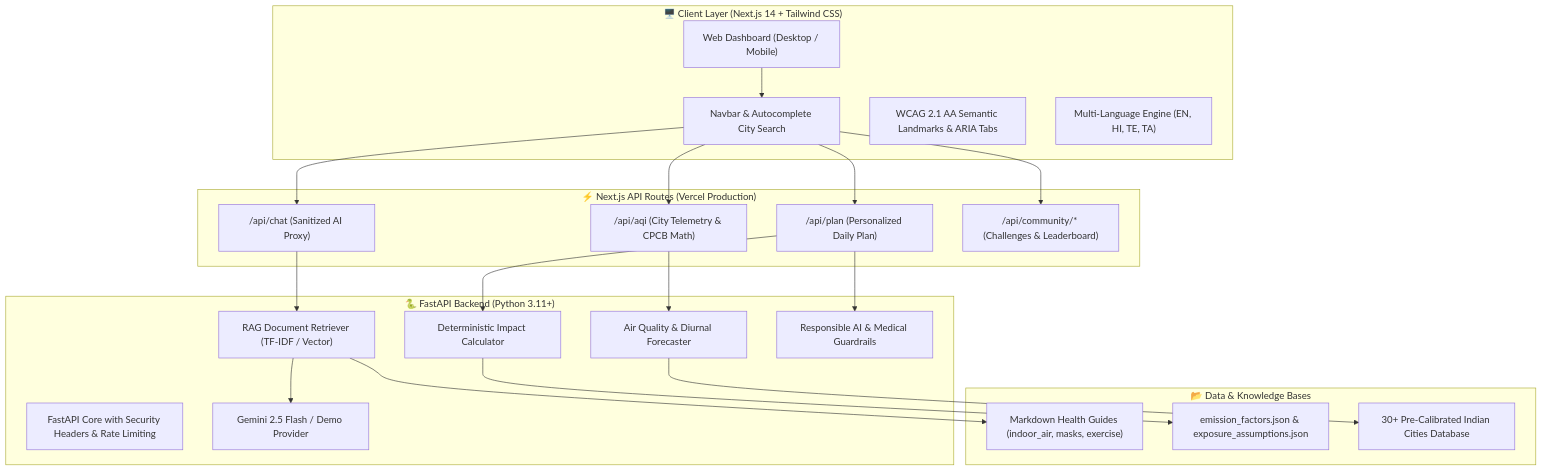
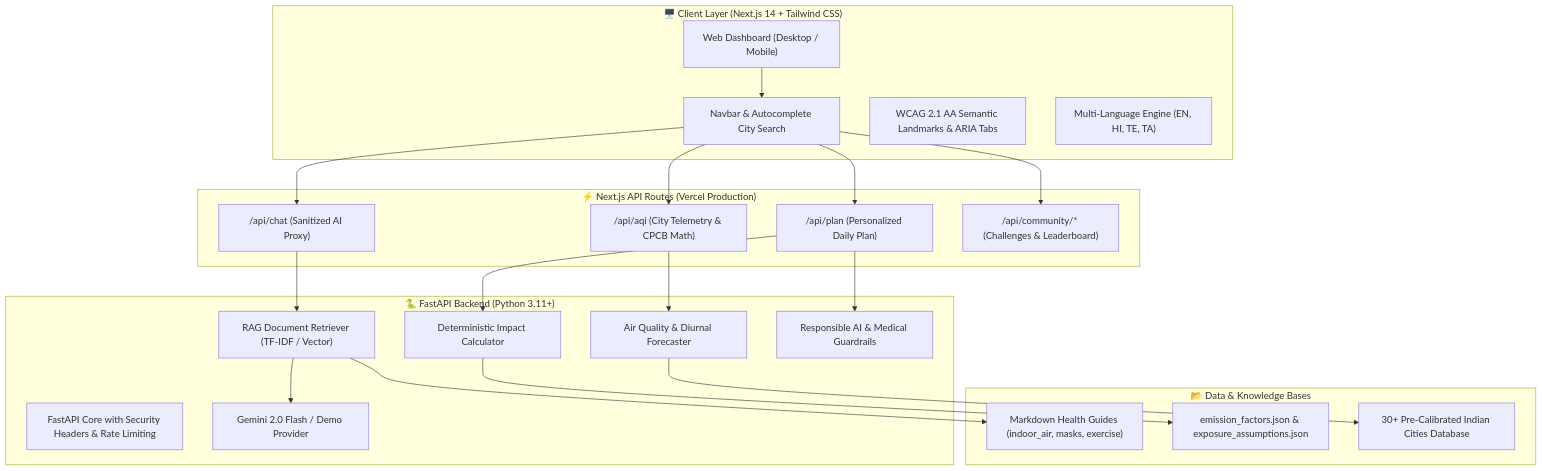
Before and after one commit to kushal3698/BreatheWise-Air-Quality-Assistance: the diagram in README.md, drawn with Mermaid. The commit also changed other lines of this file and 3 other files, not shown here.

Commit message:
docs: align winter smog playbook, CPCB 345 in search directory, and gemini-2.0-flash

````diff
--- a/README.md
+++ b/README.md
@@ -133,39 +133,39 @@
 ```mermaid
 flowchart TD
     subgraph Client["🖥️ Client Layer (Next.js 14 + Tailwind CSS)"]
         UI["Web Dashboard (Desktop / Mobile)"]
         NAV["Navbar & Autocomplete City Search"]
         A11Y["WCAG 2.1 AA Semantic Landmarks & ARIA Tabs"]
         I18N["Multi-Language Engine (EN, HI, TE, TA)"]
     end
 
     subgraph Serverless["⚡ Next.js API Routes (Vercel Production)"]
         ROUTE_AQI["/api/aqi (City Telemetry & CPCB Math)"]
         ROUTE_PLAN["/api/plan (Personalized Daily Plan)"]
         ROUTE_CHAT["/api/chat (Sanitized AI Proxy)"]
         ROUTE_COMM["/api/community/* (Challenges & Leaderboard)"]
     end
 
     subgraph Backend["🐍 FastAPI Backend (Python 3.11+)"]
         API_GW["FastAPI Core with Security Headers & Rate Limiting"]
         AQ_SVC["Air Quality & Diurnal Forecaster"]
         RAG_SVC["RAG Document Retriever (TF-IDF / Vector)"]
         IMPACT_SVC["Deterministic Impact Calculator"]
         SAFETY_SVC["Responsible AI & Medical Guardrails"]
-        LLM_SVC["Gemini 2.5 Flash / Demo Provider"]
+        LLM_SVC["Gemini 2.0 Flash / Demo Provider"]
     end
 
     subgraph Data["📂 Data & Knowledge Bases"]
         KB["Markdown Health Guides (indoor_air, masks, exercise)"]
         EMISSIONS["emission_factors.json & exposure_assumptions.json"]
         GEO["30+ Pre-Calibrated Indian Cities Database"]
     end
 
     UI --> NAV --> ROUTE_AQI & ROUTE_PLAN & ROUTE_CHAT & ROUTE_COMM
     ROUTE_AQI --> AQ_SVC
     ROUTE_PLAN --> IMPACT_SVC & SAFETY_SVC
     ROUTE_CHAT --> RAG_SVC --> LLM_SVC
     AQ_SVC --> GEO
     IMPACT_SVC --> EMISSIONS
     RAG_SVC --> KB
 ```
````
